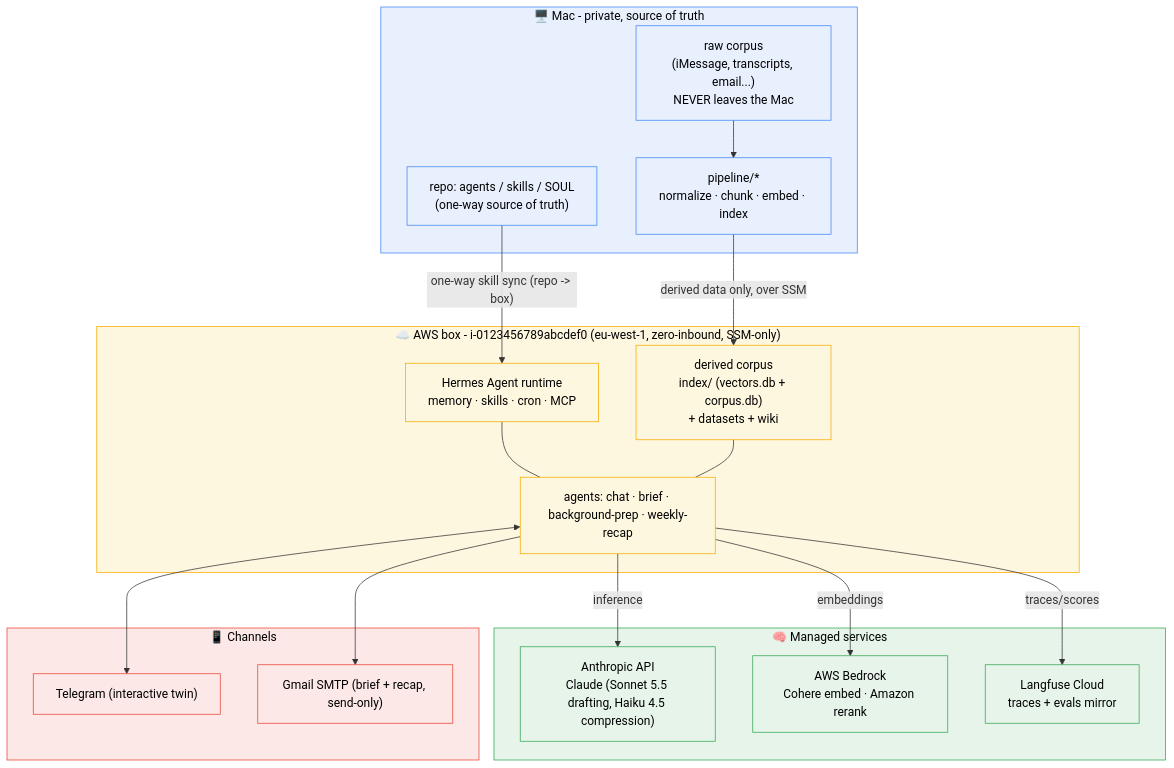
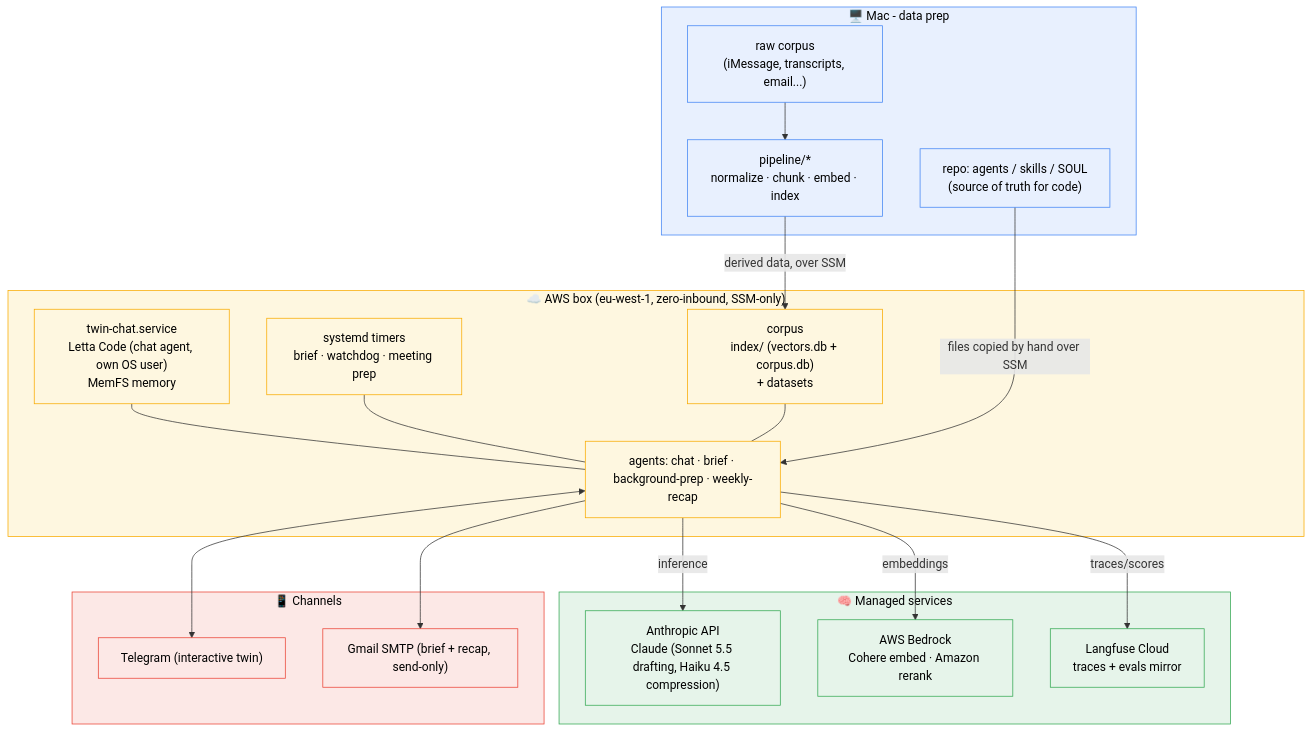
Before and after one commit to danielpuri1901/twin-mind: the first of 6 diagrams in docs/architecture-map.md, drawn with Mermaid. The commit also changed other lines of this file and 3 other files, not shown here.

First line of the commit message:
docs: CLAUDE.md, README and architecture map describe the Letta chat and systemd jobs

````diff
--- a/docs/architecture-map.md
+++ b/docs/architecture-map.md
@@ -14,45 +15,47 @@
 ```mermaid
 flowchart TB
-    subgraph MAC["🖥️ Mac - private, source of truth"]
-        RAW["raw corpus<br/>(iMessage, transcripts, email...)<br/>NEVER leaves the Mac"]
+    subgraph MAC["🖥️ Mac - data prep"]
+        RAW["raw corpus<br/>(iMessage, transcripts, email...)"]
         PREP["pipeline/*<br/>normalize · chunk · embed · index"]
-        REPO["repo: agents / skills / SOUL<br/>(one-way source of truth)"]
+        REPO["repo: agents / skills / SOUL<br/>(source of truth for code)"]
         RAW --> PREP
     end
 
-    subgraph BOX["☁️ AWS box - i-0123456789abcdef0 (eu-west-1, zero-inbound, SSM-only)"]
-        HERMES["Hermes Agent runtime<br/>memory · skills · cron · MCP"]
-        DERIVED["derived corpus<br/>index/ (vectors.db + corpus.db)<br/>+ datasets + wiki"]
+    subgraph BOX["☁️ AWS box (eu-west-1, zero-inbound, SSM-only)"]
+        LETTA["twin-chat.service<br/>Letta Code (chat agent, own OS user)<br/>MemFS memory"]
+        TIMERS["systemd timers<br/>brief · watchdog · meeting prep"]
+        DERIVED["corpus<br/>index/ (vectors.db + corpus.db)<br/>+ datasets"]
         AGENTS["agents: chat · brief · background-prep · weekly-recap"]
-        HERMES --- AGENTS
+        LETTA --- AGENTS
+        TIMERS --- AGENTS
         DERIVED --- AGENTS
     end
 
     subgraph CLOUD["🧠 Managed services"]
         ANTHROPIC["Anthropic API<br/>Claude (Sonnet 5.5 drafting, Haiku 4.5 compression)"]
         BEDROCK["AWS Bedrock<br/>Cohere embed · Amazon rerank"]
         LANGFUSE["Langfuse Cloud<br/>traces + evals mirror"]
     end
 
     subgraph CHAN["📱 Channels"]
         TG["Telegram (interactive twin)"]
         GMAIL["Gmail SMTP (brief + recap, send-only)"]
     end
 
-    PREP -->|"derived data only, over SSM"| DERIVED
-    REPO -->|"one-way skill sync (repo -> box)"| HERMES
+    PREP -->|"derived data, over SSM"| DERIVED
+    REPO -->|"files copied by hand over SSM"| AGENTS
     AGENTS -->|inference| ANTHROPIC
     AGENTS -->|embeddings| BEDROCK
     AGENTS -->|traces/scores| LANGFUSE
     AGENTS <--> TG
     AGENTS --> GMAIL
 
     classDef mac fill:#e8f0fe,stroke:#4285f4,color:#000
     classDef box fill:#fef7e0,stroke:#f9ab00,color:#000
     classDef cloud fill:#e6f4ea,stroke:#34a853,color:#000
     classDef chan fill:#fce8e6,stroke:#ea4335,color:#000
     class MAC,RAW,PREP,REPO mac
-    class BOX,HERMES,DERIVED,AGENTS box
+    class BOX,LETTA,TIMERS,DERIVED,AGENTS box
     class CLOUD,ANTHROPIC,BEDROCK,LANGFUSE cloud
     class CHAN,TG,GMAIL chan
 ```
````
